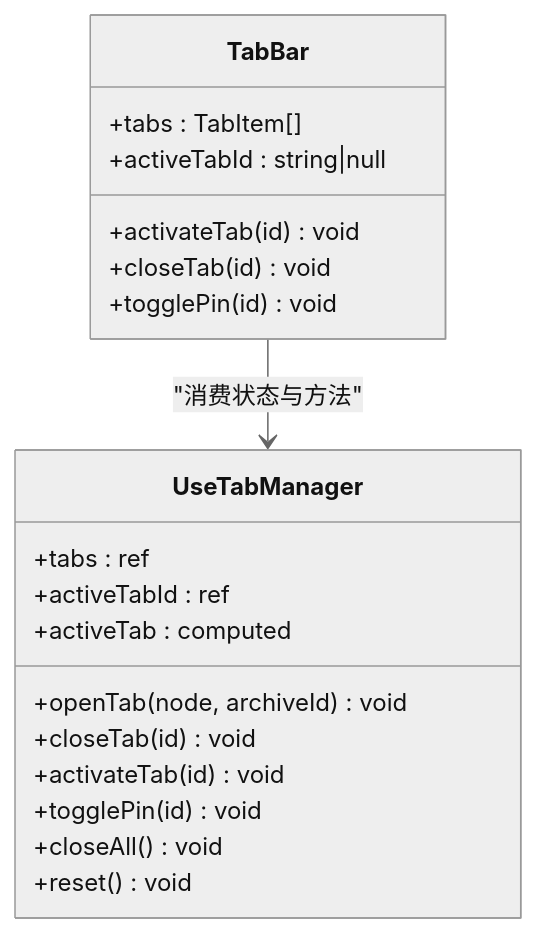
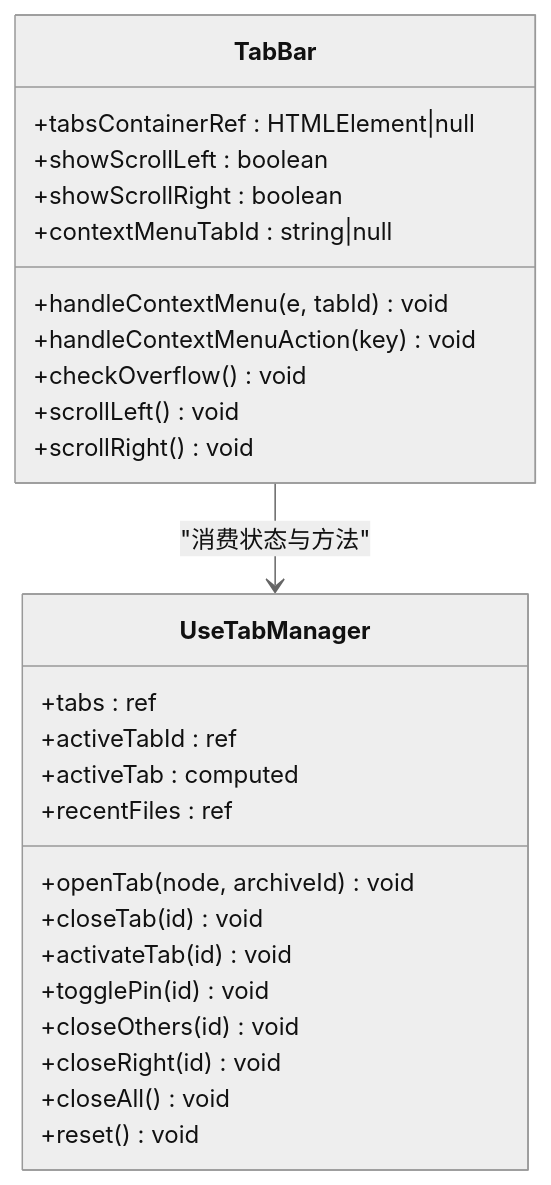
One commit to taoweidong/Hello-Tauri changed the fourth of 7 diagrams in .qoder/repowiki/zh/content/用户界面/核心组件/工作区组件/标签栏组件.md. Above: the diagram before and after it, drawn with Mermaid (neutral theme). The commit also changed other lines of this file and 67 other files, not shown here.

````diff
--- a/.qoder/repowiki/zh/content/用户界面/核心组件/工作区组件/标签栏组件.md
+++ b/.qoder/repowiki/zh/content/用户界面/核心组件/工作区组件/标签栏组件.md
@@ -174,22 +232,29 @@
 ```mermaid
 classDiagram
 class TabBar {
-+tabs : TabItem[]
-+activeTabId : string|null
-+activateTab(id) void
-+closeTab(id) void
-+togglePin(id) void
++tabsContainerRef : HTMLElement|null
++showScrollLeft : boolean
++showScrollRight : boolean
++contextMenuTabId : string|null
++handleContextMenu(e, tabId) void
++handleContextMenuAction(key) void
++checkOverflow() void
++scrollLeft() void
++scrollRight() void
 }
 class UseTabManager {
 +tabs : ref<TabItem[]>
 +activeTabId : ref<string|null>
 +activeTab : computed<TabItem|null>
++recentFiles : ref<string[]>
 +openTab(node, archiveId) void
 +closeTab(id) void
 +activateTab(id) void
 +togglePin(id) void
++closeOthers(id) void
++closeRight(id) void
 +closeAll() void
 +reset() void
 }
 TabBar --> UseTabManager : "消费状态与方法"
 ```
````
